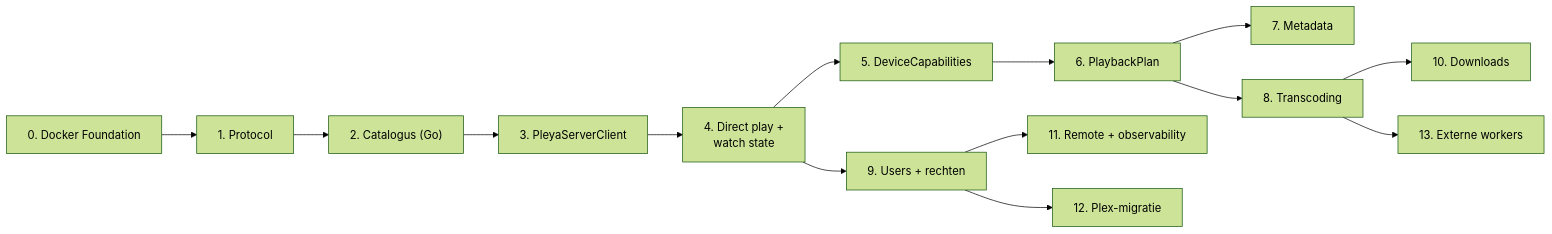
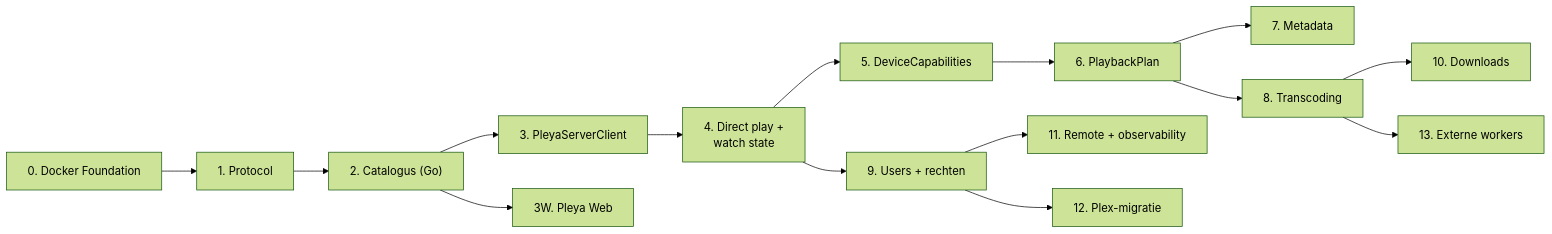
The sixth of 6 diagrams in docs/pleya-server-architecture.md (michelknoop21/pleya), drawn with Mermaid (forest theme) before and after one commit. The commit also changed other lines of this file and 3 other files, not shown here.

````diff
--- a/docs/pleya-server-architecture.md
+++ b/docs/pleya-server-architecture.md
@@ -1477,16 +1477,17 @@
 ```mermaid
 flowchart LR
   P0["0. Docker Foundation"] --> P1["1. Protocol"]
   P1 --> P2["2. Catalogus (Go)"]
   P2 --> P3["3. PleyaServerClient"]
+  P2 --> P3W["3W. Pleya Web"]
   P3 --> P4["4. Direct play +<br/>watch state"]
   P4 --> P5["5. DeviceCapabilities"]
   P5 --> P6["6. PlaybackPlan"]
   P6 --> P7["7. Metadata"]
   P6 --> P8["8. Transcoding"]
   P4 --> P9["9. Users + rechten"]
   P8 --> P10["10. Downloads"]
   P9 --> P11["11. Remote + observability"]
   P9 --> P12["12. Plex-migratie"]
   P8 --> P13["13. Externe workers"]
 ```
````
